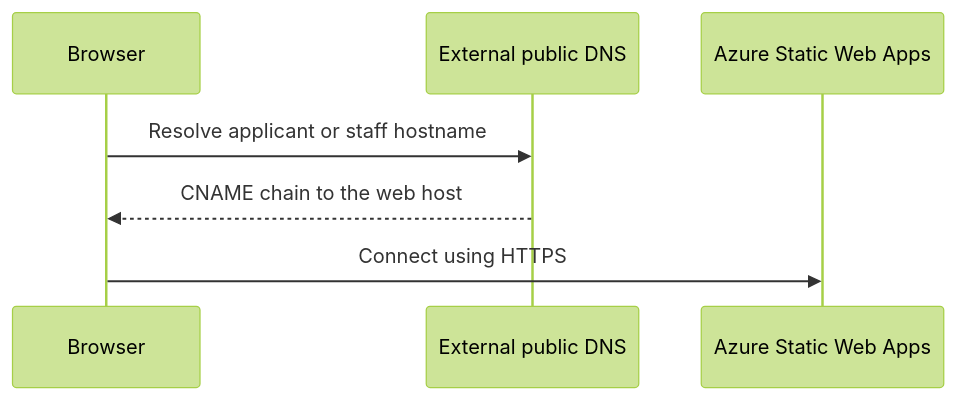
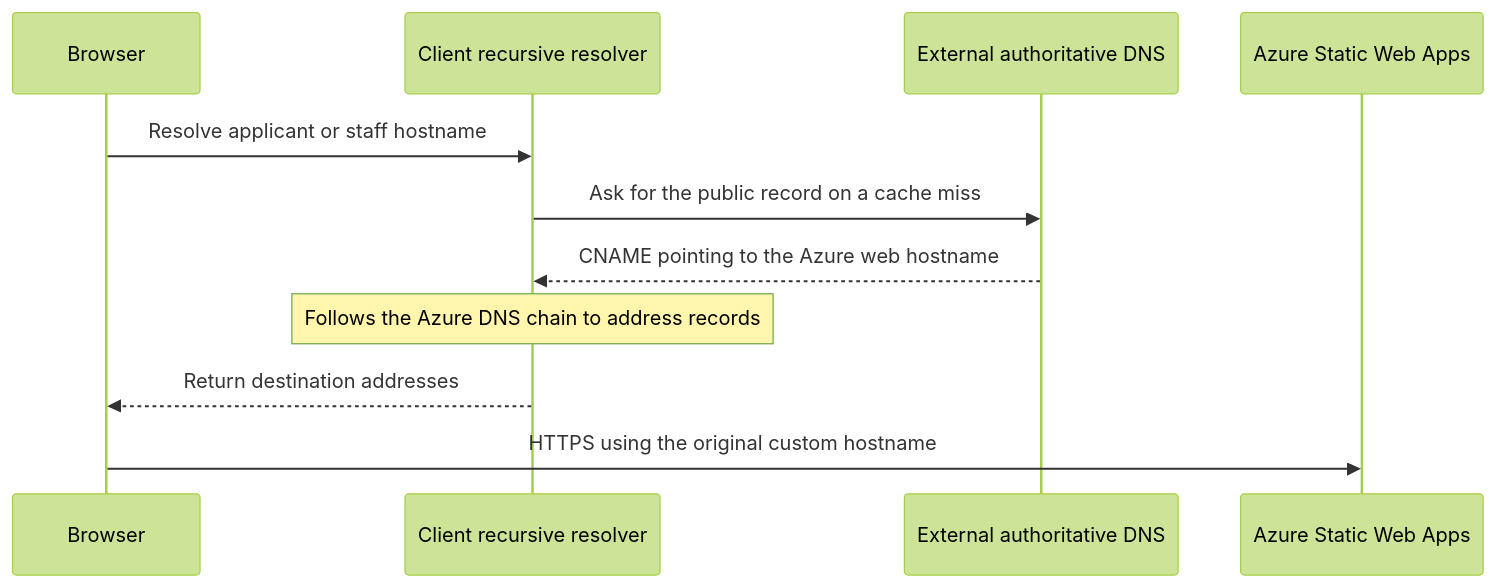
The first of 2 diagrams in docs/DNS-WALKTHROUGH.md (truthofsource/azure-private-networking), drawn with Mermaid (forest theme) before and after one commit. The commit also changed other lines of this file and 1 other file, not shown here.

Commit message:
Clarify DNS resolver flow and verify private endpoint NIC addresses

````diff
--- a/docs/DNS-WALKTHROUGH.md
+++ b/docs/DNS-WALKTHROUGH.md
@@ -40,9 +40,13 @@
 ```mermaid
 sequenceDiagram
     participant Browser
-    participant PublicDNS as External public DNS
+    participant Recursive as Client recursive resolver
+    participant PublicDNS as External authoritative DNS
     participant Web as Azure Static Web Apps
-    Browser->>PublicDNS: Resolve applicant or staff hostname
-    PublicDNS-->>Browser: CNAME chain to the web host
-    Browser->>Web: Connect using HTTPS
+    Browser->>Recursive: Resolve applicant or staff hostname
+    Recursive->>PublicDNS: Ask for the public record on a cache miss
+    PublicDNS-->>Recursive: CNAME pointing to the Azure web hostname
+    Note over Recursive: Follows the Azure DNS chain to address records
+    Recursive-->>Browser: Return destination addresses
+    Browser->>Web: HTTPS using the original custom hostname
 ```
````
